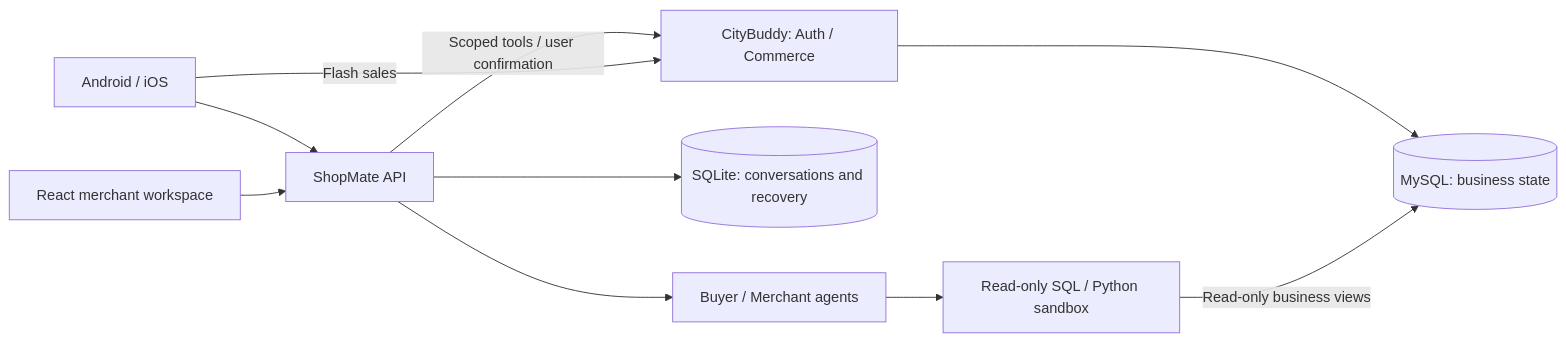
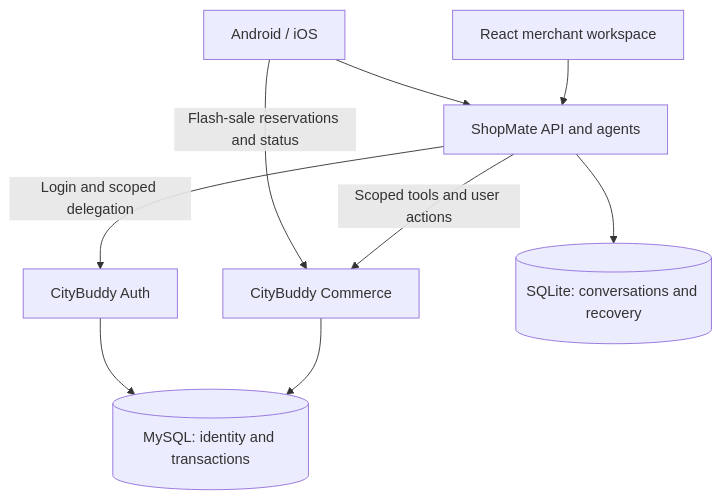
The first of 2 diagrams in README.md (ChanTso/shopmate), drawn with Mermaid before and after one commit. The commit also changed other lines of this file and 24 other files, not shown here.

````diff
--- a/README.md
+++ b/README.md
@@ -35,12 +45,11 @@
 ```mermaid
-flowchart LR
-    App[Android / iOS] --> Host[ShopMate API]
+flowchart TB
+    App[Android / iOS] --> Host[ShopMate API and agents]
     Web[React merchant workspace] --> Host
-    Host --> Agents[Buyer / Merchant agents]
-    Agents --> Analysis[Read-only SQL / Python sandbox]
+    App -->|Flash-sale reservations and status| Commerce[CityBuddy Commerce]
+    Host -->|Login and scoped delegation| Auth[CityBuddy Auth]
+    Host -->|Scoped tools and user actions| Commerce
     Host --> State[(SQLite: conversations and recovery)]
-    Host -->|Scoped tools / user confirmation| Java[CityBuddy: Auth / Commerce]
-    App -->|Flash sales| Java
-    Java --> DB[(MySQL: business state)]
-    Analysis -->|Read-only business views| DB
+    Auth --> DB[(MySQL: identity and transactions)]
+    Commerce --> DB
 ```
````
